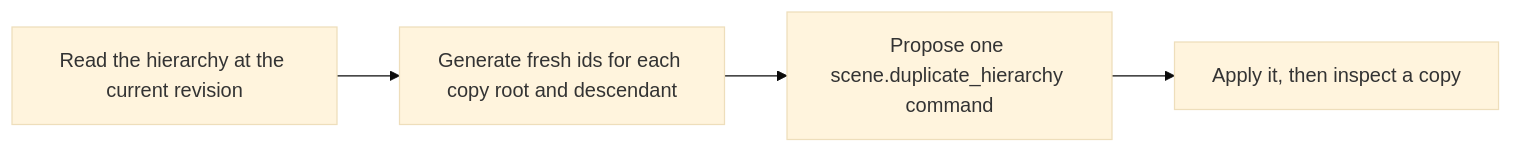
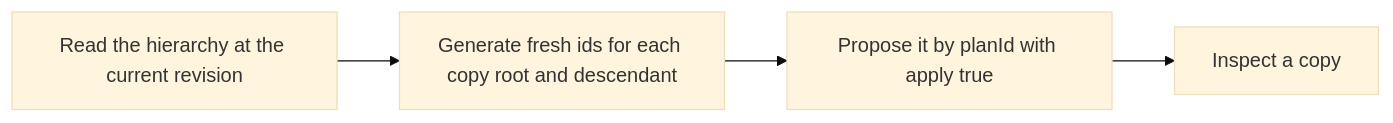
Before and after one commit to AbdulHaseeb-1/Movynta: the diagram in docs/tools/editor.plan_duplicates.md, drawn with Mermaid (base theme). The commit also changed other lines of this file and 33 other files, not shown here.

````diff
--- a/docs/tools/editor.plan_duplicates.md
+++ b/docs/tools/editor.plan_duplicates.md
@@ -118,10 +120,10 @@
 ```mermaid
 flowchart LR
   S0["Read the hierarchy at the current revision"]
   S1["Generate fresh ids for each copy root and descendant"]
-  S2["Propose one scene.duplicate_hierarchy command"]
-  S3["Apply it, then inspect a copy"]
+  S2["Propose it by planId with apply true"]
+  S3["Inspect a copy"]
   S0 --> S1
   S1 --> S2
   S2 --> S3
 ```
````
